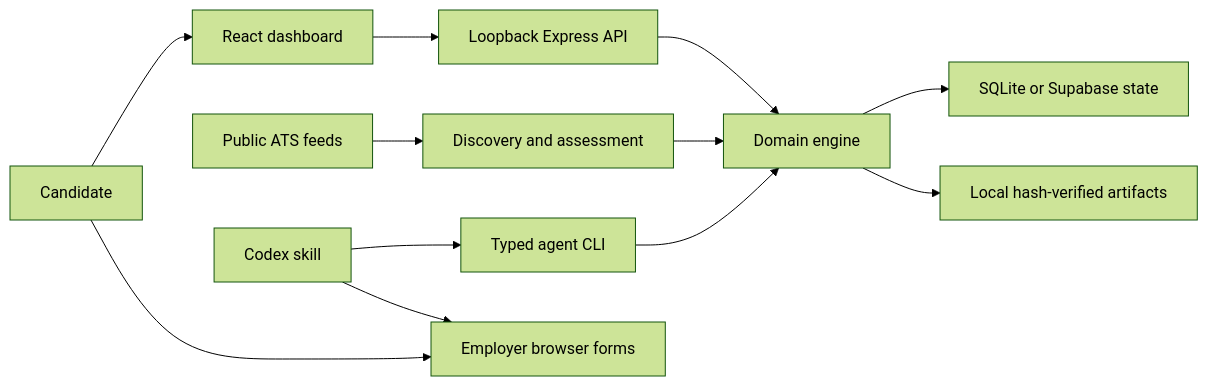
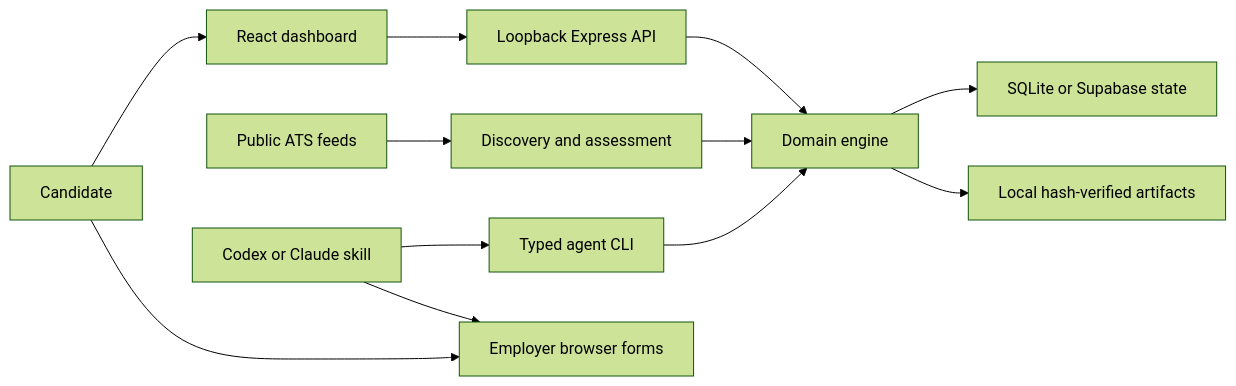
One commit to AdiRosenstock/career-agent-public changed the diagram in README.md. Above: the diagram before and after it, drawn with Mermaid (forest theme). The commit also changed other lines of this file and 25 other files, not shown here.

Commit message:
Support Codex and Claude with private first-run setup

````diff
--- a/README.md
+++ b/README.md
@@ -117,14 +112,14 @@
 ```mermaid
 flowchart LR
     U[Candidate] --> UI[React dashboard]
     UI --> API[Loopback Express API]
     CLI[Typed agent CLI] --> E[Domain engine]
     API --> E
     E --> S[SQLite or Supabase state]
     E --> F[Local hash-verified artifacts]
     ATS[Public ATS feeds] --> D[Discovery and assessment]
     D --> E
-    C[Codex skill] --> CLI
+    C[Codex or Claude skill] --> CLI
     C --> B[Employer browser forms]
     U --> B
 ```
````
